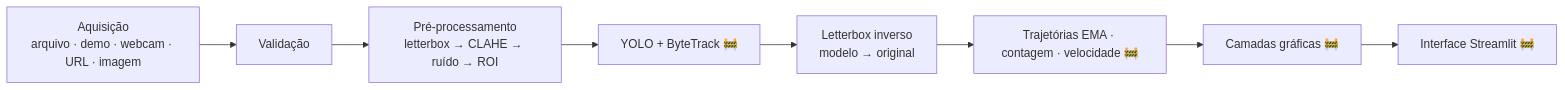
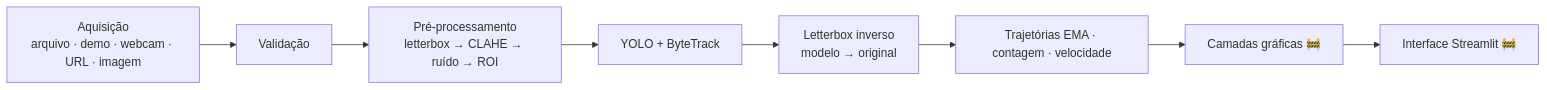
Before and after one commit to LuisHenrique1523/FluxoVC: the diagram in docs/pipeline.md, drawn with Mermaid. The commit also changed other lines of this file and 11 other files, not shown here.

Commit message:
Fase 3: detecção YOLO + ByteTrack, interpretação das saídas, contagem por cruzamento de linha e velocidade + testes com detector falso

````diff
--- a/docs/pipeline.md
+++ b/docs/pipeline.md
@@ -5,10 +5,10 @@
 ```mermaid
 flowchart LR
     A[Aquisição<br/>arquivo · demo · webcam · URL · imagem] --> B[Validação]
     B --> C[Pré-processamento<br/>letterbox → CLAHE → ruído → ROI]
-    C --> D[YOLO + ByteTrack 🚧]
+    C --> D[YOLO + ByteTrack]
     D --> E[Letterbox inverso<br/>modelo → original]
-    E --> F[Trajetórias EMA · contagem · velocidade 🚧]
+    E --> F[Trajetórias EMA · contagem · velocidade]
     F --> G[Camadas gráficas 🚧]
     G --> H[Interface Streamlit 🚧]
 ```
````
